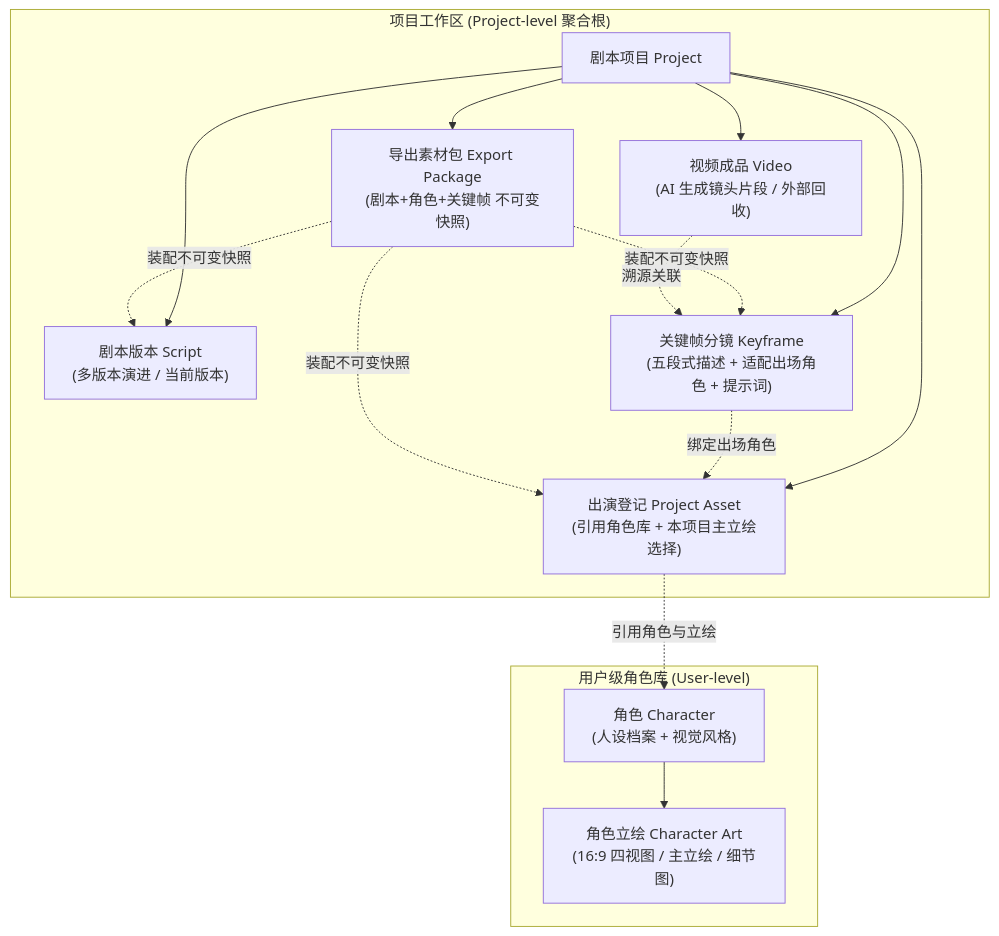
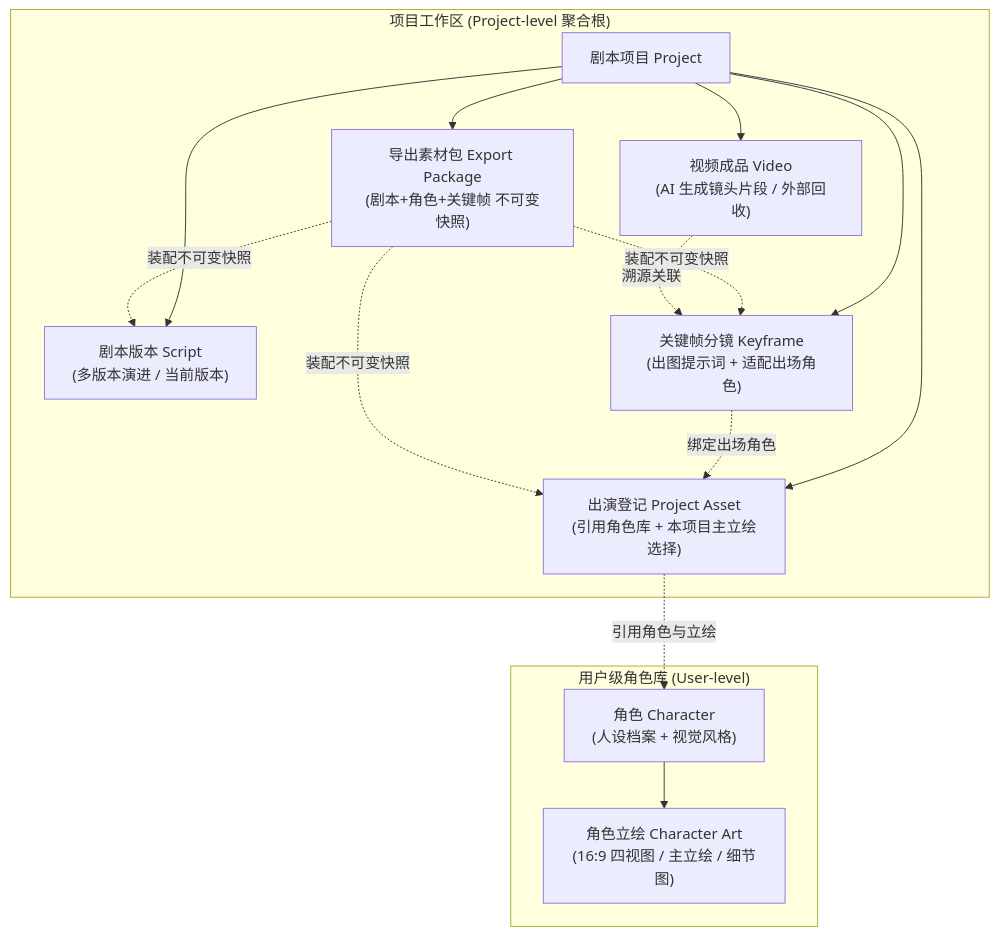
Before and after one commit to mxr-vector/mxr-multi-agent-service: the first of 2 diagrams in readme/STORY.md, drawn with Mermaid. The commit also changed other lines of this file and 20 other files, not shown here.

````diff
--- a/readme/STORY.md
+++ b/readme/STORY.md
@@ -25,30 +25,30 @@
 ```mermaid
 flowchart TD
     subgraph 角色库["用户级角色库 (User-level)"]
         Character["角色 Character<br/>(人设档案 + 视觉风格)"]
         Art["角色立绘 Character Art<br/>(16:9 四视图 / 主立绘 / 细节图)"]
         Character --> Art
     end
 
     subgraph 项目工作区["项目工作区 (Project-level 聚合根)"]
         Project["剧本项目 Project"]
         Script["剧本版本 Script<br/>(多版本演进 / 当前版本)"]
         Casting["出演登记 Project Asset<br/>(引用角色库 + 本项目主立绘选择)"]
-        Keyframe["关键帧分镜 Keyframe<br/>(五段式描述 + 适配出场角色 + 提示词)"]
+        Keyframe["关键帧分镜 Keyframe<br/>(出图提示词 + 适配出场角色)"]
         ExportPkg["导出素材包 Export Package<br/>(剧本+角色+关键帧 不可变快照)"]
         Video["视频成品 Video<br/>(AI 生成镜头片段 / 外部回收)"]
 
         Project --> Script
         Project --> Casting
         Project --> Keyframe
         Project --> ExportPkg
         Project --> Video
     end
 
     Casting -.引用角色与立绘.-> Character
     Keyframe -.绑定出场角色.-> Casting
     ExportPkg -.装配不可变快照.-> Script
     ExportPkg -.装配不可变快照.-> Casting
     ExportPkg -.装配不可变快照.-> Keyframe
     Video -.溯源关联.-> Keyframe
 ```
````
